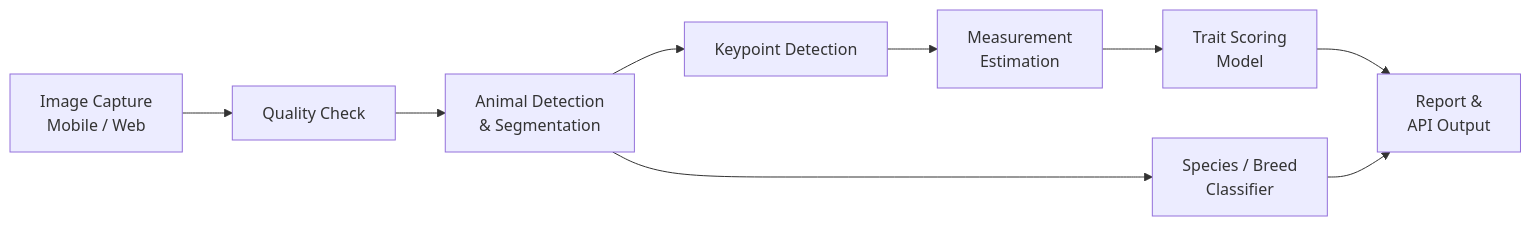
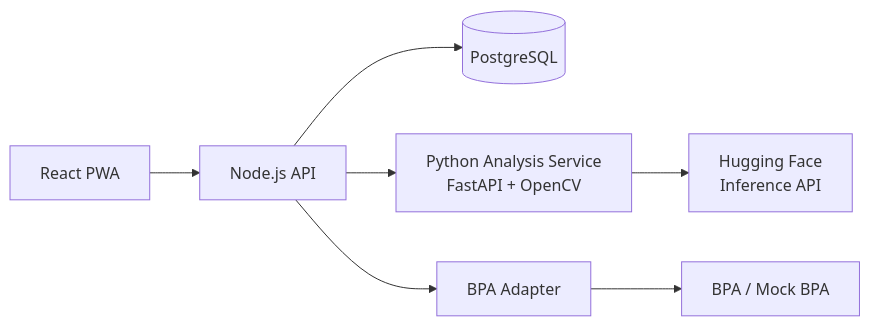
The diagram in README.md (Lakshya-2440/asd_major_pro), drawn with Mermaid before and after one commit. The commit also changed other lines of this file, not shown here.

````diff
--- a/README.md
+++ b/README.md
@@ -85,11 +75,9 @@
 ```mermaid
 flowchart LR
-    A[Image Capture<br/>Mobile / Web] --> B[Quality Check]
-    B --> C[Animal Detection<br/>& Segmentation]
-    C --> D[Keypoint Detection]
-    D --> E[Measurement<br/>Estimation]
-    E --> F[Trait Scoring<br/>Model]
-    F --> G[Report &<br/>API Output]
-    C --> H[Species / Breed<br/>Classifier]
-    H --> G
+    A[React PWA] --> B[Node.js API]
+    B --> C[(PostgreSQL)]
+    B --> D[Python Analysis Service<br/>FastAPI + OpenCV]
+    D --> E[Hugging Face<br/>Inference API]
+    B --> F[BPA Adapter]
+    F --> G[BPA / Mock BPA]
 ```
````
